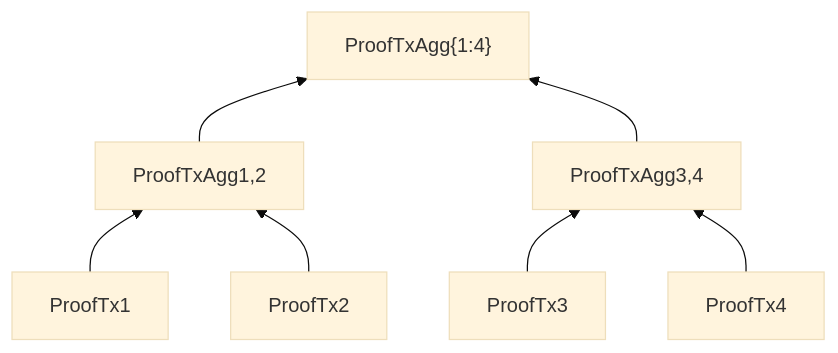
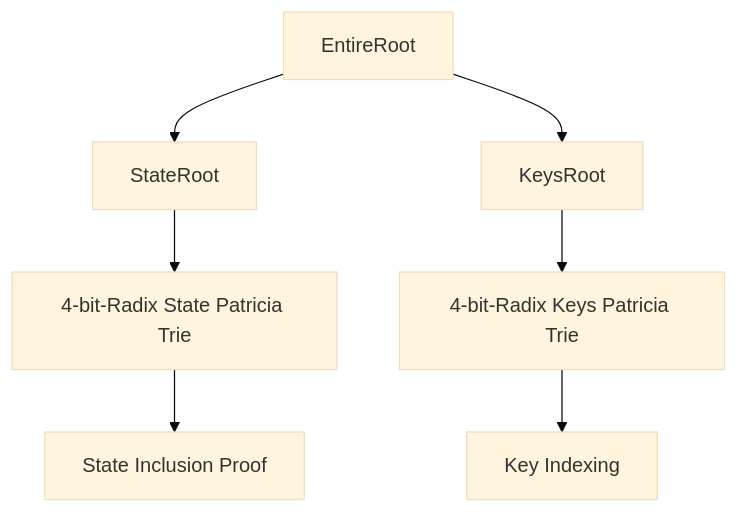
Before and after one commit to sunriselayer/interliquid-sdk: the second of 5 diagrams in whitepaper/whitepaper.md, drawn with Mermaid (base theme). The commit also changed other lines of this file, not shown here.

````diff
--- a/whitepaper/whitepaper.md
+++ b/whitepaper/whitepaper.md
@@ -380,11 +189,9 @@
-<div class="mermaid">
-graph BT
-    Tx1[ProofTx1] --> TxAgg12[ProofTxAgg1,2]
-    Tx2[ProofTx2] --> TxAgg12
-
-    Tx3[ProofTx3] --> TxAgg34[ProofTxAgg3,4]
-    Tx4[ProofTx4] --> TxAgg34
-
-    TxAgg12 --> TxAgg3[ProofTxAgg#123;1:4#125;]
-    TxAgg34 --> TxAgg3
-</div>
+```mermaid
+graph TD
+    A[EntireRoot] --> B[StateRoot]
+    A --> C[KeysRoot]
+    B --> D[4-bit-Radix State Patricia Trie]
+    C --> E[4-bit-Radix Keys Patricia Trie]
+    D --> F[State Inclusion Proof]
+    E --> G[Key Indexing]
+```
````
